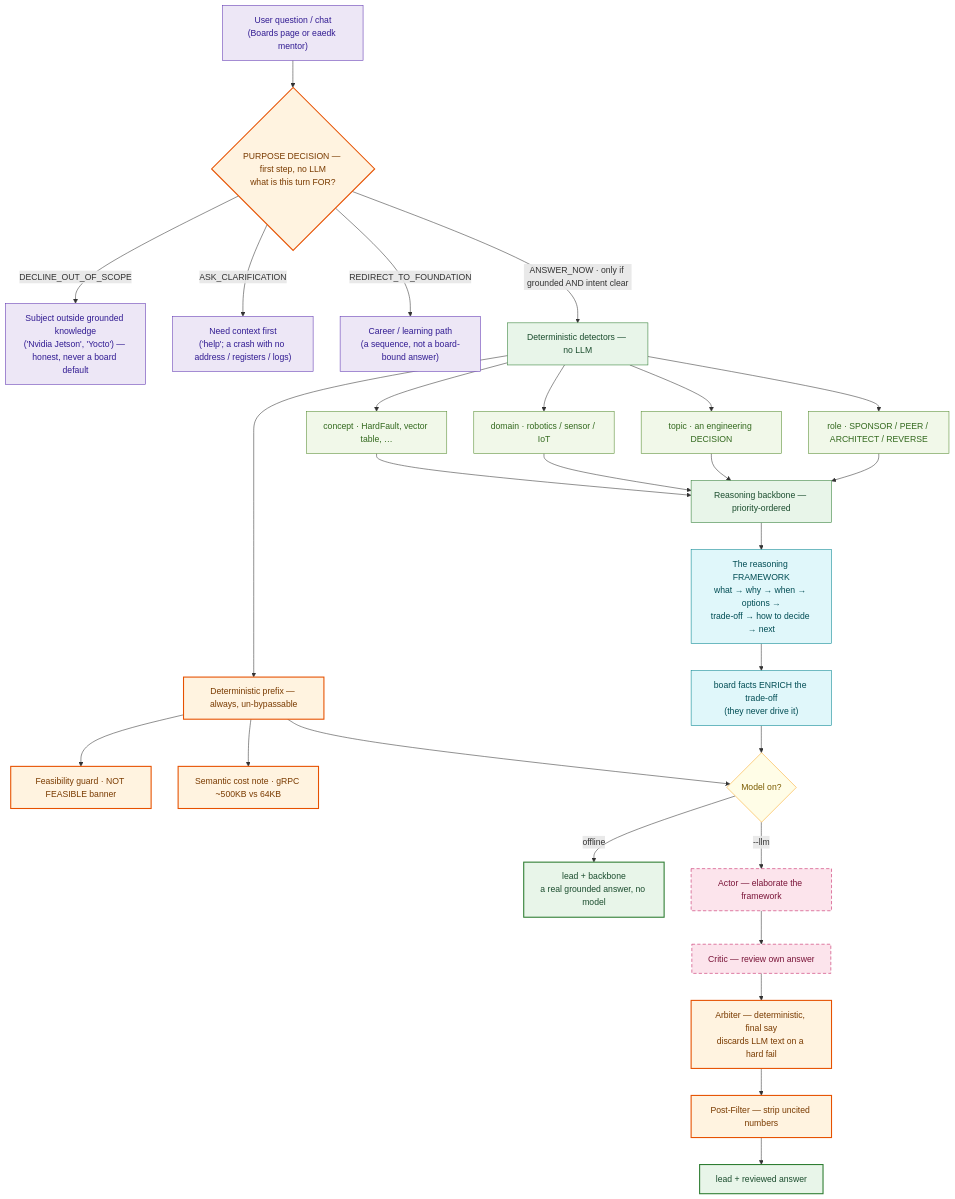
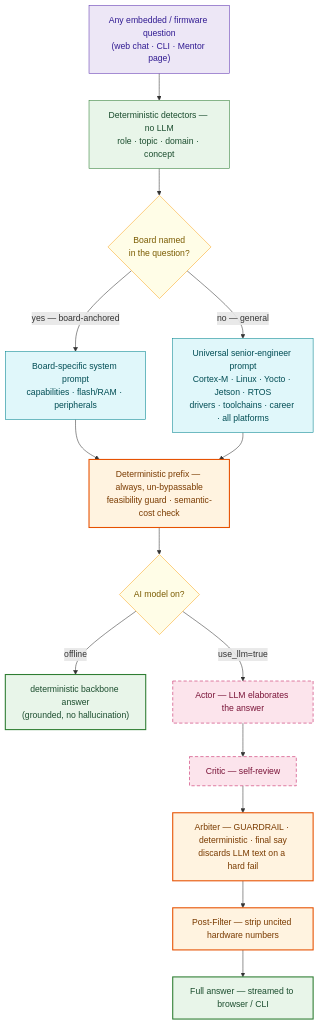
The third of 3 diagrams in README.md (Ashut90/eaedk), drawn with Mermaid before and after one commit. The commit also changed other lines of this file and 21 other files, not shown here.

````diff
--- a/README.md
+++ b/README.md
@@ -278,46 +279,30 @@
 ```mermaid
 flowchart TD
-    Q["User question / chat<br/>(Boards page or eaedk mentor)"]:::in
+    Q["Any embedded / firmware question<br/>(web chat · CLI · Mentor page)"]:::in
 
-    Q --> PURP{"PURPOSE DECISION — first step, no LLM<br/>what is this turn FOR?"}:::guard
-    PURP -->|DECLINE_OUT_OF_SCOPE| O1["Subject outside grounded knowledge<br/>('Nvidia Jetson', 'Yocto') — honest, never a board default"]:::out
-    PURP -->|ASK_CLARIFICATION| O2["Need context first<br/>('help'; a crash with no address / registers / logs)"]:::out
-    PURP -->|REDIRECT_TO_FOUNDATION| O3["Career / learning path<br/>(a sequence, not a board-bound answer)"]:::out
-    PURP -->|"ANSWER_NOW · only if grounded AND intent clear"| DET["Deterministic detectors — no LLM"]:::core
+    Q --> DET["Deterministic detectors — no LLM<br/>role · topic · domain · concept"]:::core
 
-    DET --> R1["role · SPONSOR / PEER / ARCHITECT / REVERSE"]:::detect
-    DET --> R2["topic · an engineering DECISION"]:::detect
-    DET --> R3["domain · robotics / sensor / IoT"]:::detect
-    DET --> R5["concept · HardFault, vector table, …"]:::detect
+    DET --> SYS{"Board named<br/>in the question?"}:::dec
+    SYS -->|"yes — board-anchored"| BP["Board-specific system prompt<br/>capabilities · flash/RAM · peripherals"]:::frame
+    SYS -->|"no — general"| GP["Universal senior-engineer prompt<br/>Cortex-M · Linux · Yocto · Jetson · RTOS<br/>drivers · toolchains · career · all platforms"]:::frame
 
-    DET --> LEAD["Deterministic prefix — always, un-bypassable"]:::guard
-    LEAD --> G1["Feasibility guard · NOT FEASIBLE banner"]:::guard
-    LEAD --> G2["Semantic cost note · gRPC ~500KB vs 64KB"]:::guard
+    BP --> LEAD
+    GP --> LEAD
+    LEAD["Deterministic prefix — always, un-bypassable<br/>feasibility guard · semantic-cost check"]:::guard
 
-    R1 --> BACK
-    R2 --> BACK
-    R3 --> BACK
-    R5 --> BACK
-    BACK["Reasoning backbone — priority-ordered"]:::core
-    BACK --> FW["The reasoning FRAMEWORK<br/>what → why → when → options →<br/>trade-off → how to decide → next"]:::frame
-    FW --> ENR["board facts ENRICH the trade-off<br/>(they never drive it)"]:::frame
-
-    ENR --> OFF{"Model on?"}:::dec
-    LEAD --> OFF
-    OFF -->|offline| AOFF["lead + backbone<br/>a real grounded answer, no model"]:::ok
-    OFF -->|--llm| ACT["Actor — elaborate the framework"]:::llm
-    ACT --> CRIT["Critic — review own answer"]:::llm
-    CRIT --> ARB["Arbiter — deterministic, final say<br/>discards LLM text on a hard fail"]:::guard
-    ARB --> PF["Post-Filter — strip uncited numbers"]:::guard
-    PF --> AON["lead + reviewed answer"]:::ok
+    LEAD --> OFF{"AI model on?"}:::dec
+    OFF -->|offline| AOFF["deterministic backbone answer<br/>(grounded, no hallucination)"]:::ok
+    OFF -->|"use_llm=true"| ACT["Actor — LLM elaborates the answer"]:::llm
+    ACT --> CRIT["Critic — self-review"]:::llm
+    CRIT --> ARB["Arbiter — GUARDRAIL · deterministic · final say<br/>discards LLM text on a hard fail"]:::guard
+    ARB --> PF["Post-Filter — strip uncited hardware numbers"]:::guard
+    PF --> ANS["Full answer — streamed to browser / CLI"]:::ok
 
     classDef in fill:#ede7f6,stroke:#5e35b1,color:#311b92;
     classDef core fill:#e8f5e9,stroke:#2e7d32,color:#1b4d2e;
-    classDef detect fill:#f1f8e9,stroke:#558b2f,color:#33691e;
     classDef frame fill:#e0f7fa,stroke:#00838f,color:#004d54;
     classDef guard fill:#fff3e0,stroke:#e65100,stroke-width:2px,color:#7a3b00;
     classDef llm fill:#fce4ec,stroke:#c2185b,stroke-dasharray:6 4,color:#7a1438;
     classDef ok fill:#e8f5e9,stroke:#2e7d32,stroke-width:2px,color:#1b4d2e;
     classDef dec fill:#fffde7,stroke:#f9a825,color:#7a5b00;
-    classDef out fill:#ede7f6,stroke:#5e35b1,color:#311b92;
 ```
````
